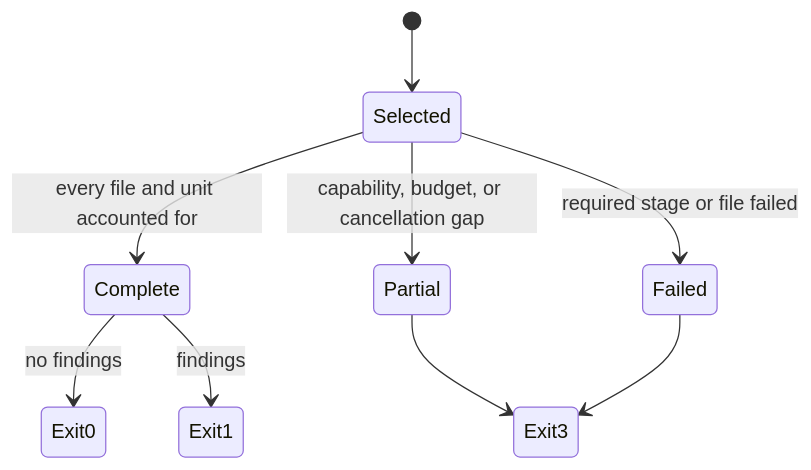
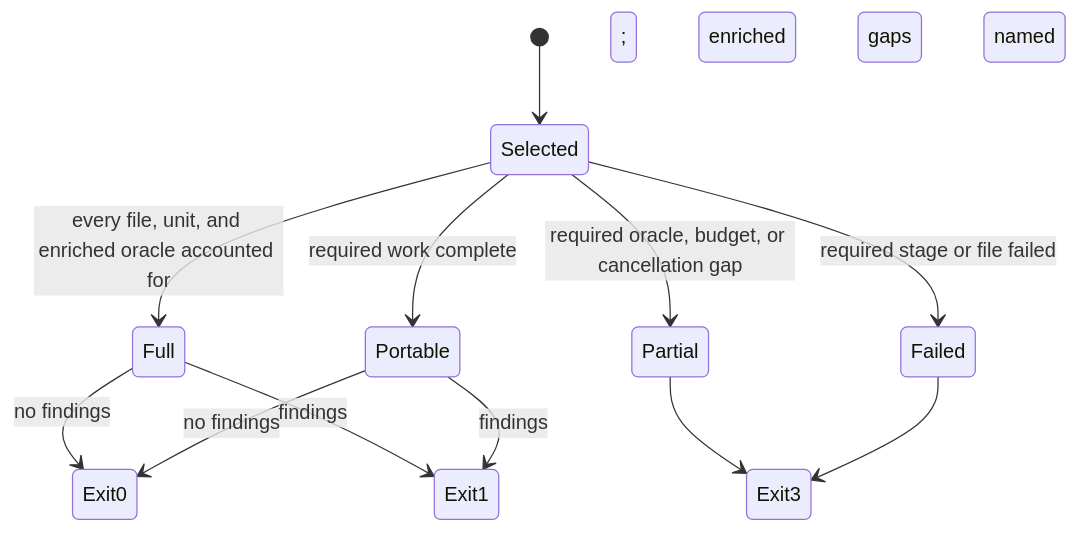
One commit to xcrft/powershot changed the third of 3 diagrams in docs/architecture.md. Above: the diagram before and after it, drawn with Mermaid. The commit also changed other lines of this file and 27 other files, not shown here.

````diff
--- a/docs/architecture.md
+++ b/docs/architecture.md
@@ -150,11 +172,14 @@
 ```mermaid
 stateDiagram-v2
     [*] --> Selected
-    Selected --> Complete: every file and unit accounted for
-    Selected --> Partial: capability, budget, or cancellation gap
+    Selected --> Full: every file, unit, and enriched oracle accounted for
+    Selected --> Portable: required work complete; enriched gaps named
+    Selected --> Partial: required oracle, budget, or cancellation gap
     Selected --> Failed: required stage or file failed
-    Complete --> Exit0: no findings
-    Complete --> Exit1: findings
+    Full --> Exit0: no findings
+    Full --> Exit1: findings
+    Portable --> Exit0: no findings
+    Portable --> Exit1: findings
     Partial --> Exit3
     Failed --> Exit3
 ```
````
